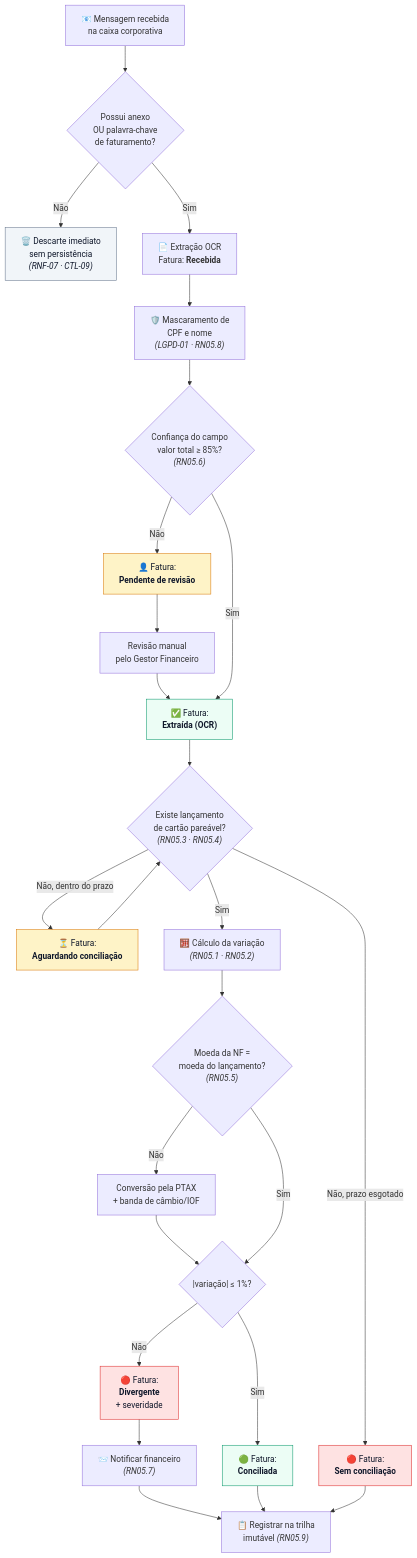
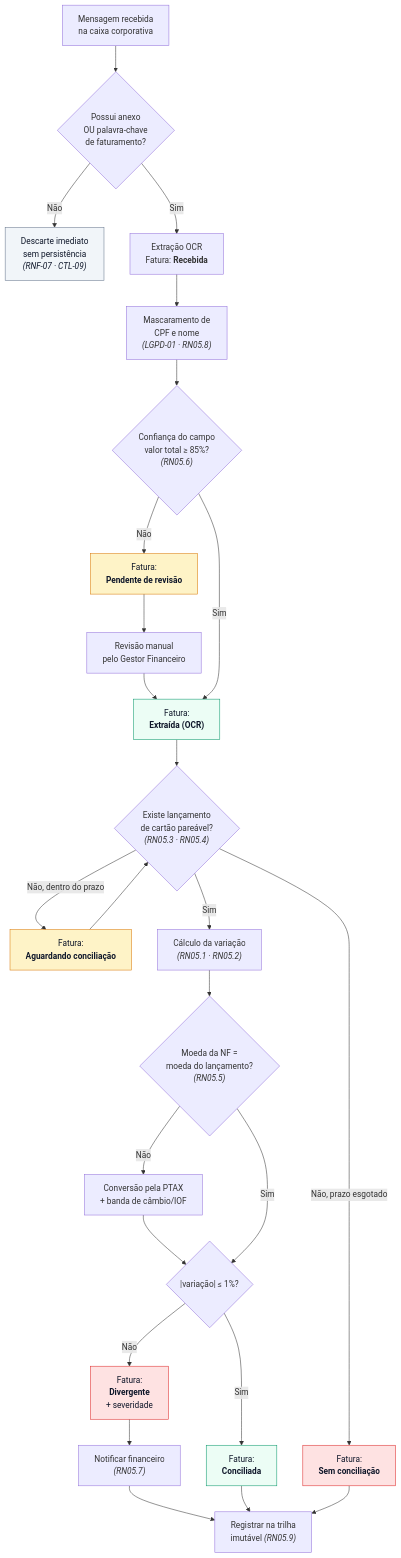
The diagram in semana-02/entregavel-02-matriz-regras-ocr-divergencia-rn05.md (ES-2026-2/PS), drawn with Mermaid before and after one commit. The commit also changed other lines of this file and 24 other files, not shown here.

````diff
--- a/semana-02/entregavel-02-matriz-regras-ocr-divergencia-rn05.md
+++ b/semana-02/entregavel-02-matriz-regras-ocr-divergencia-rn05.md
@@ -23,40 +23,40 @@
 ```mermaid
 flowchart TD
-    A["📧 Mensagem recebida<br/>na caixa corporativa"] --> B{"Possui anexo<br/>OU palavra-chave<br/>de faturamento?"}
-    B -->|"Não"| Z["🗑️ Descarte imediato<br/>sem persistência<br/><i>(RNF-07 · CTL-09)</i>"]
-    B -->|"Sim"| C["📄 Extração OCR<br/>Fatura: <b>Recebida</b>"]
+    A["Mensagem recebida<br/>na caixa corporativa"] --> B{"Possui anexo<br/>OU palavra-chave<br/>de faturamento?"}
+    B -->|"Não"| Z["Descarte imediato<br/>sem persistência<br/><i>(RNF-07 · CTL-09)</i>"]
+    B -->|"Sim"| C["Extração OCR<br/>Fatura: <b>Recebida</b>"]
 
-    C --> D["🛡️ Mascaramento de<br/>CPF e nome<br/><i>(LGPD-01 · RN05.8)</i>"]
+    C --> D["Mascaramento de<br/>CPF e nome<br/><i>(LGPD-01 · RN05.8)</i>"]
     D --> E{"Confiança do campo<br/>valor total ≥ 85%?<br/><i>(RN05.6)</i>"}
-    E -->|"Não"| F["👤 Fatura:<br/><b>Pendente de revisão</b>"]
+    E -->|"Não"| F["Fatura:<br/><b>Pendente de revisão</b>"]
     F --> G["Revisão manual<br/>pelo Gestor Financeiro"]
     G --> H
 
-    E -->|"Sim"| H["✅ Fatura:<br/><b>Extraída (OCR)</b>"]
+    E -->|"Sim"| H["Fatura:<br/><b>Extraída (OCR)</b>"]
     H --> I{"Existe lançamento<br/>de cartão pareável?<br/><i>(RN05.3 · RN05.4)</i>"}
-    I -->|"Não, dentro do prazo"| J["⏳ Fatura:<br/><b>Aguardando conciliação</b>"]
+    I -->|"Não, dentro do prazo"| J["Fatura:<br/><b>Aguardando conciliação</b>"]
     J --> I
-    I -->|"Não, prazo esgotado"| K["🔴 Fatura:<br/><b>Sem conciliação</b>"]
-    I -->|"Sim"| L["🧮 Cálculo da variação<br/><i>(RN05.1 · RN05.2)</i>"]
+    I -->|"Não, prazo esgotado"| K["Fatura:<br/><b>Sem conciliação</b>"]
+    I -->|"Sim"| L["Cálculo da variação<br/><i>(RN05.1 · RN05.2)</i>"]
 
     L --> M{"Moeda da NF =<br/>moeda do lançamento?<br/><i>(RN05.5)</i>"}
     M -->|"Não"| N["Conversão pela PTAX<br/>+ banda de câmbio/IOF"]
     N --> O
     M -->|"Sim"| O{"|variação| ≤ 1%?"}
 
-    O -->|"Sim"| P["🟢 Fatura:<br/><b>Conciliada</b>"]
-    O -->|"Não"| Q["🔴 Fatura:<br/><b>Divergente</b><br/>+ severidade"]
-    Q --> R["📨 Notificar financeiro<br/><i>(RN05.7)</i>"]
-    R --> S["📋 Registrar na trilha<br/>imutável <i>(RN05.9)</i>"]
+    O -->|"Sim"| P["Fatura:<br/><b>Conciliada</b>"]
+    O -->|"Não"| Q["Fatura:<br/><b>Divergente</b><br/>+ severidade"]
+    Q --> R["Notificar financeiro<br/><i>(RN05.7)</i>"]
+    R --> S["Registrar na trilha<br/>imutável <i>(RN05.9)</i>"]
     P --> S
     K --> S
 
     classDef descarte fill:#F1F5F9,stroke:#64748B,color:#0F172A
     classDef ok fill:#ECFDF5,stroke:#059669,color:#0F172A
     classDef alerta fill:#FEF3C7,stroke:#D97706,color:#0F172A
     classDef erro fill:#FEE2E2,stroke:#DC2626,color:#0F172A
     class Z descarte
     class P,H ok
     class F,J alerta
     class K,Q erro
 ```
````
